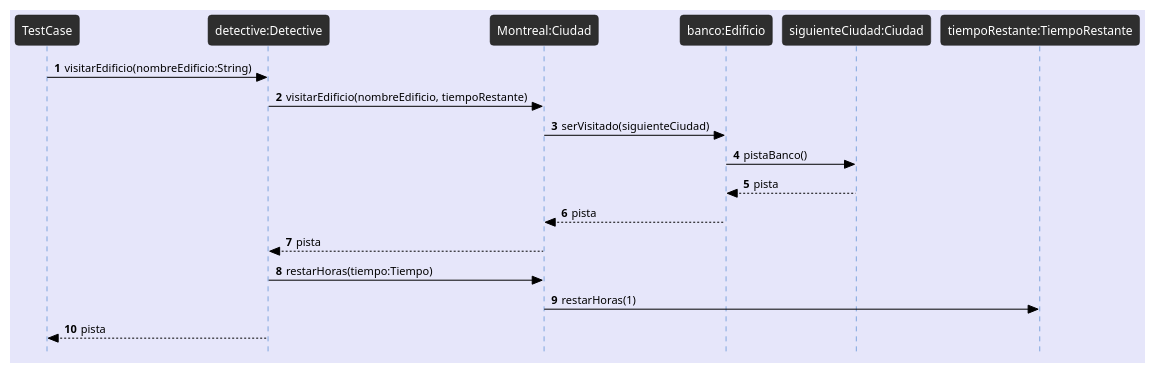
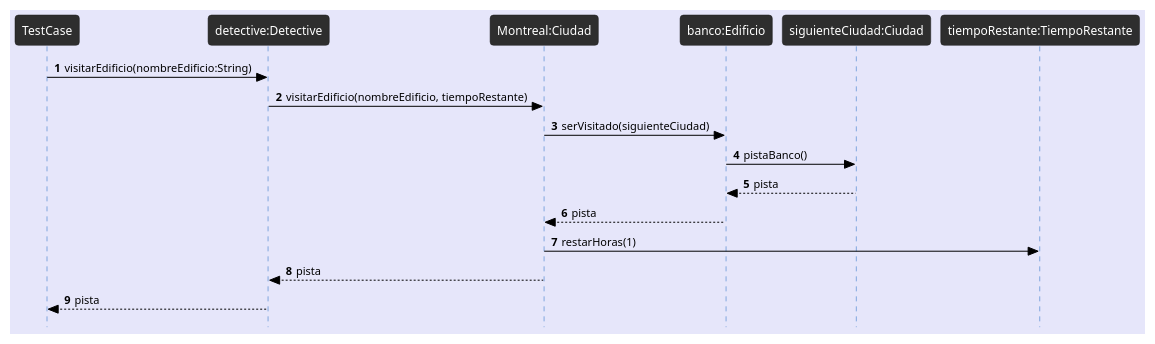
One commit to avilagaston9/algo3_tp2 changed the diagram in docs/Diagramas/Secuencia/detectiveVisitaPorPrimeraVezUnEdificioRecibeElNombre_Modelo2.plantuml. Above: the diagram before and after it, drawn with PlantUML. The commit also changed 1 other file, not shown here.

```diff
--- a/docs/Diagramas/Secuencia/detectiveVisitaPorPrimeraVezUnEdificioRecibeElNombre_Modelo2.plantuml
+++ b/docs/Diagramas/Secuencia/detectiveVisitaPorPrimeraVezUnEdificioRecibeElNombre_Modelo2.plantuml
@@ -1,29 +1,28 @@
 @startuml
 !theme reddress-darkblue
 autonumber
 skinparam style strictuml
 skinparam BackGroundColor lavender
 skinparam RoundCorner 7
 skinparam SequenceGroupFontColor black
 skinparam SequenceGroupBorderColor black
 skinparam SequenceGroupBorderThickness 0.5
 skinparam ArrowFontColor black
 skinparam ArrowColor black
 skinparam ActorFontColor black
 skinparam participantFontSize 12
 skinparam SequenceLifeLineBackGroundColor 2e2e2e
 
 TestCase -> "detective:Detective" as detective : visitarEdificio(nombreEdificio:String)
 detective -> "Montreal:Ciudad" as ciudad: visitarEdificio(nombreEdificio, tiempoRestante)
 ciudad -> "banco:Edificio" as edificio: serVisitado(siguienteCiudad)
 edificio -> "siguienteCiudad:Ciudad" as siguiente : pistaBanco() 
 siguiente -->  edificio : pista
 ciudad <-- edificio : pista
+
+ciudad -> "tiempoRestante:TiempoRestante" as tiempo : restarHoras(1)
 ciudad --> detective : pista
-
-detective -> ciudad: restarHoras(tiempo:Tiempo)
-ciudad -> "tiempoRestante:TiempoRestante" as tiempo : restarHoras(1)
 
 detective --> TestCase : pista
 
 @enduml
```
